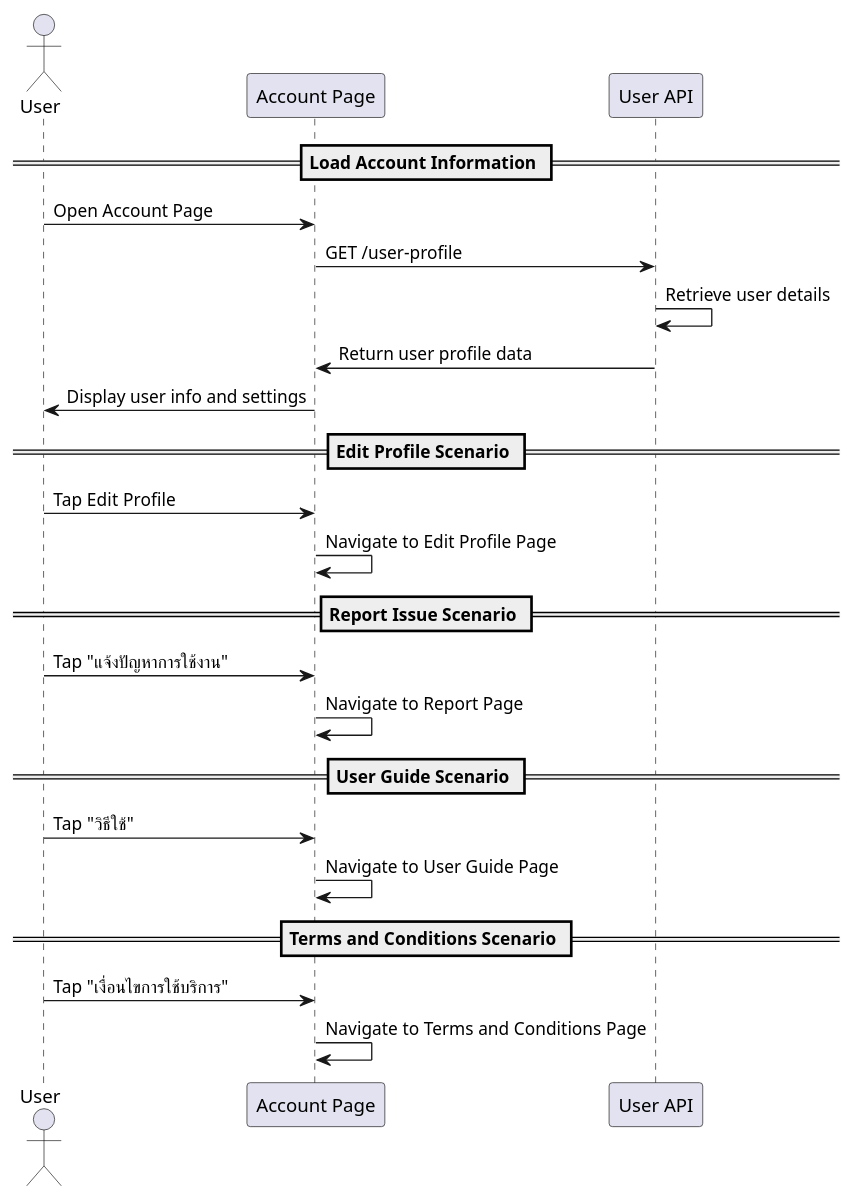
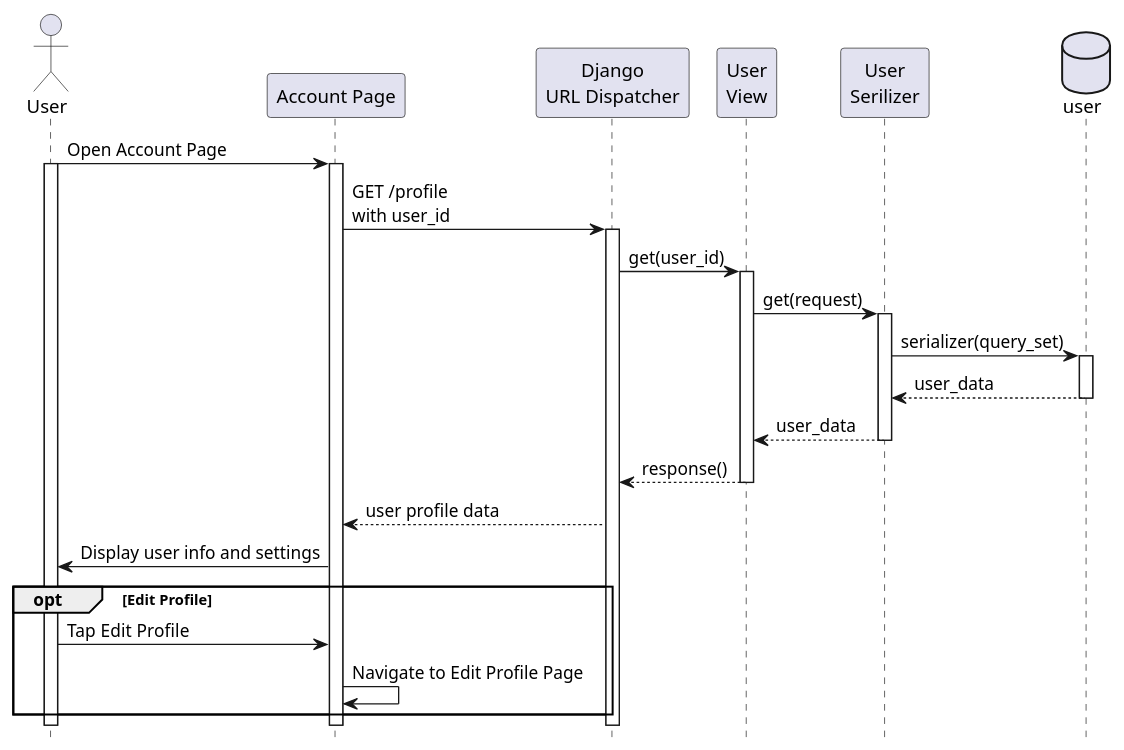
Before and after one commit to KMITL-BusBuddy/diagram: the diagram in account/account_page.puml, drawn with PlantUML. The commit also changed 8 other files, not shown here.

Commit message:
update latest diagram

```diff
--- a/account/account_page.puml
+++ b/account/account_page.puml
@@ -1,30 +1,43 @@
 @startuml account_page
+
+hide footbox
 
 actor User
 participant "Account Page" as UI
-participant "User API" as API
 
-== Load Account Information ==
+participant "Django\nURL Dispatcher" as API
+participant "User\nView" as view
+participant "User\nSerilizer" as serializer
+database "user" as user
+
+
 User -> UI: Open Account Page
-UI -> API: GET /user-profile
-API -> API: Retrieve user details
-API -> UI: Return user profile data
+activate User
+activate UI
+UI -> API: GET /profile \nwith user_id
+activate API
+
+' API Call
+API -> view: get(user_id)
+activate view
+view -> serializer: get(request)
+activate serializer
+serializer -> user: serializer(query_set)
+activate user
+
+user --> serializer: user_data
+deactivate user
+serializer --> view: user_data
+deactivate serializer
+view --> API: response()
+deactivate view
+
+API --> UI: user profile data
 UI -> User: Display user info and settings
 
-== Edit Profile Scenario ==
-User -> UI: Tap Edit Profile
-UI -> UI: Navigate to Edit Profile Page
-
-== Report Issue Scenario ==
-User -> UI: Tap "แจ้งปัญหาการใช้งาน"
-UI -> UI: Navigate to Report Page
-
-== User Guide Scenario ==
-User -> UI: Tap "วิธีใช้"
-UI -> UI: Navigate to User Guide Page
-
-== Terms and Conditions Scenario ==
-User -> UI: Tap "เงื่อนไขการใช้บริการ"
-UI -> UI: Navigate to Terms and Conditions Page
+opt Edit Profile
+    User -> UI: Tap Edit Profile
+    UI -> UI: Navigate to Edit Profile Page
+end
 
 @enduml
```
